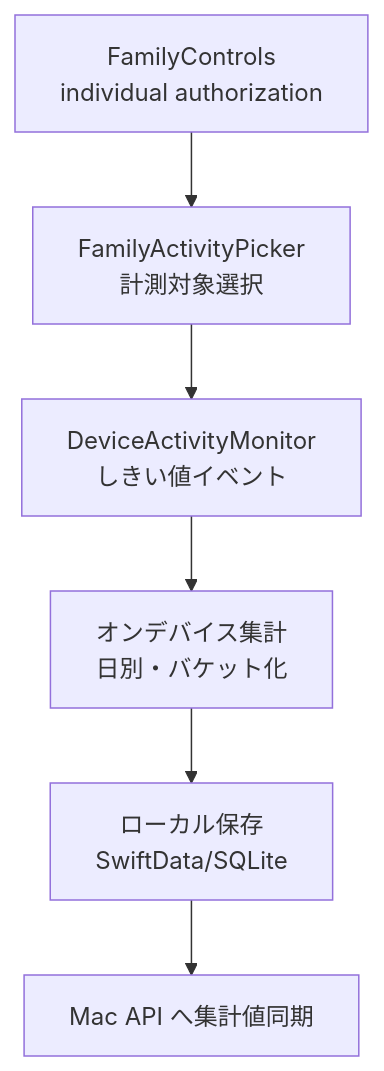
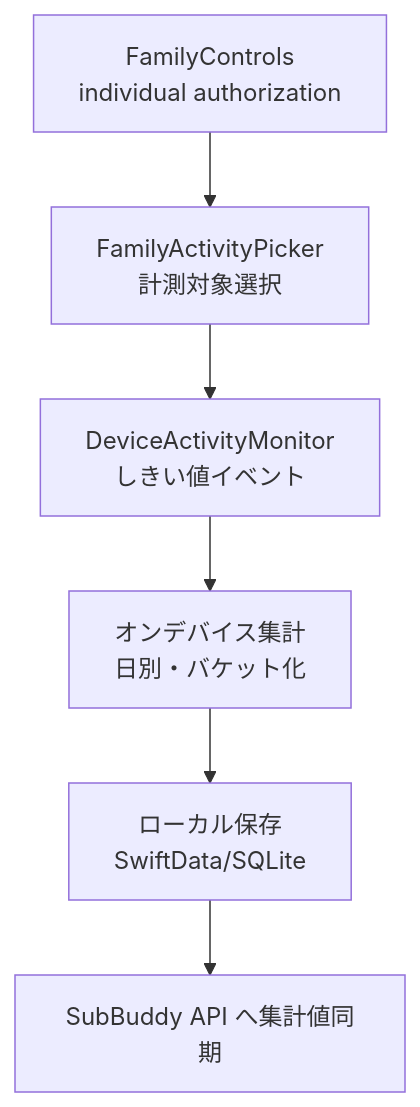
The seventh of 7 diagrams in docs/functional-design.md (Shintaro-Abe/SubBuddy), drawn with Mermaid before and after one commit. The commit also changed other lines of this file and 67 other files, not shown here.

````diff
--- a/docs/functional-design.md
+++ b/docs/functional-design.md
@@ -616,11 +649,11 @@
 ```mermaid
 flowchart TB
   Auth[FamilyControls<br/>individual authorization]
   Pick[FamilyActivityPicker<br/>計測対象選択]
   Mon[DeviceActivityMonitor<br/>しきい値イベント]
   Agg[オンデバイス集計<br/>日別・バケット化]
   Store[ローカル保存<br/>SwiftData/SQLite]
-  Sync[Mac API へ集計値同期]
+  Sync[SubBuddy API へ集計値同期]
 
   Auth --> Pick --> Mon --> Agg --> Store --> Sync
 ```
````
